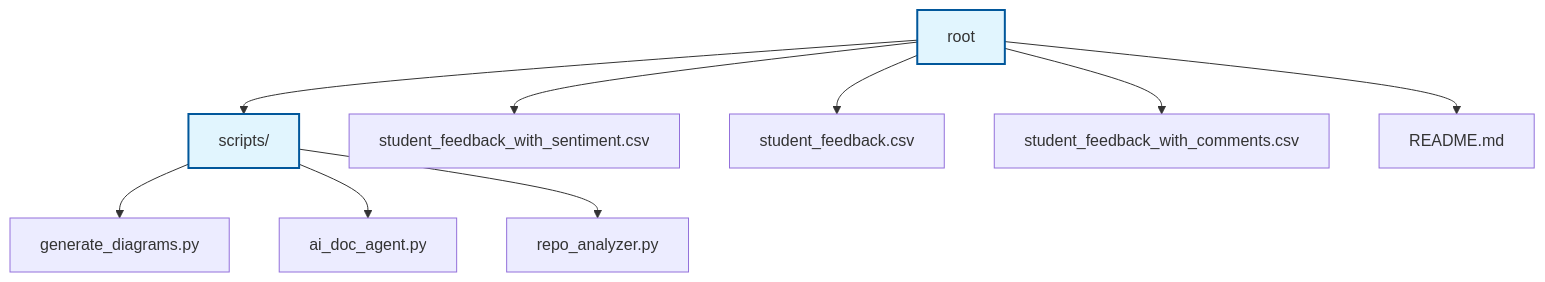
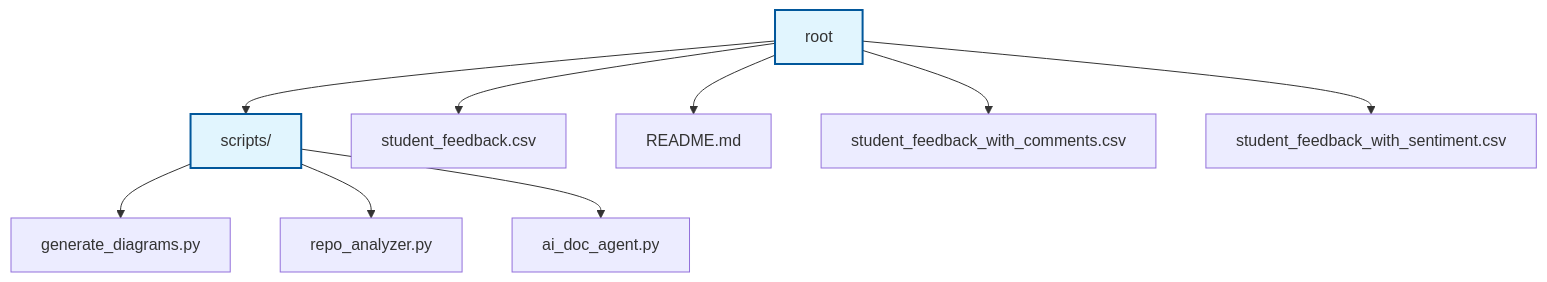
One commit to NITISH-R-G/FUTURE_DS_03 changed the diagram in README.md. Above: the diagram before and after it, drawn with Mermaid.

Commit message:
docs: auto-update repository documentation and diagrams

````diff
--- a/README.md
+++ b/README.md
@@ -47,29 +47,29 @@
 ```mermaid
 graph TD
     node0["root"]:::folder
     node1["scripts/"]:::folder
     node0 --> node1
-    node2["student_feedback_with_sentiment.csv"]
+    node2["student_feedback.csv"]
     node0 --> node2
-    node3["student_feedback.csv"]
+    node3["README.md"]
     node0 --> node3
     node4["student_feedback_with_comments.csv"]
     node0 --> node4
-    node5["README.md"]
+    node5["student_feedback_with_sentiment.csv"]
     node0 --> node5
     node6["generate_diagrams.py"]
     node1 --> node6
-    node7["ai_doc_agent.py"]
+    node7["repo_analyzer.py"]
     node1 --> node7
-    node8["repo_analyzer.py"]
+    node8["ai_doc_agent.py"]
     node1 --> node8
     classDef folder fill:#e1f5fe,stroke:#01579b,stroke-width:2px;
     click node1 "scripts" "View scripts"
-    click node2 "student_feedback_with_sentiment.csv" "View student_feedback_with_sentiment.csv"
-    click node3 "student_feedback.csv" "View student_feedback.csv"
+    click node2 "student_feedback.csv" "View student_feedback.csv"
+    click node3 "README.md" "View README.md"
     click node4 "student_feedback_with_comments.csv" "View student_feedback_with_comments.csv"
-    click node5 "README.md" "View README.md"
+    click node5 "student_feedback_with_sentiment.csv" "View student_feedback_with_sentiment.csv"
     click node6 "scripts/generate_diagrams.py" "View generate_diagrams.py"
-    click node7 "scripts/ai_doc_agent.py" "View ai_doc_agent.py"
-    click node8 "scripts/repo_analyzer.py" "View repo_analyzer.py"
+    click node7 "scripts/repo_analyzer.py" "View repo_analyzer.py"
+    click node8 "scripts/ai_doc_agent.py" "View ai_doc_agent.py"
 ```
````
